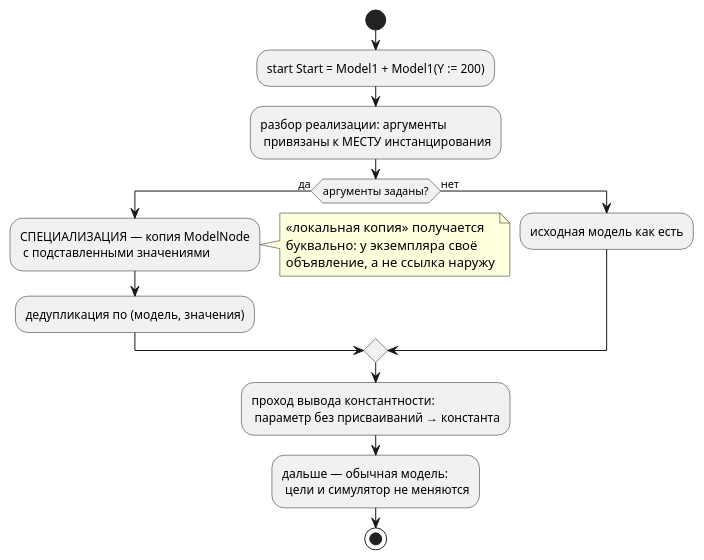
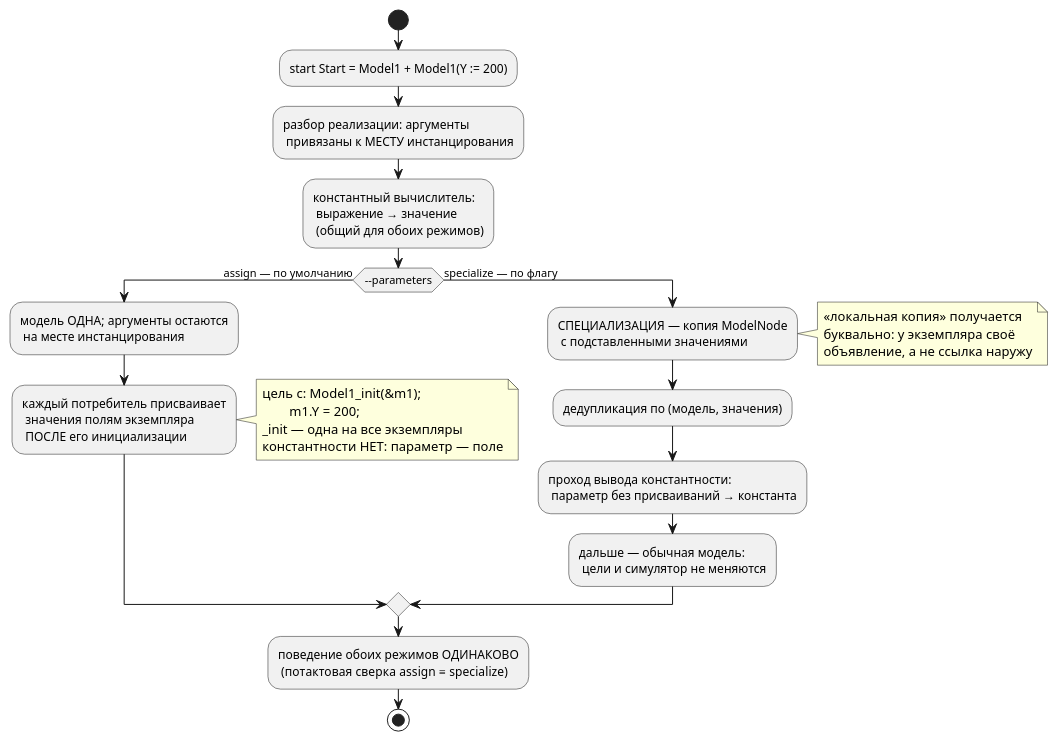
Before and after one commit to Pastor/Takt: the second of 2 diagrams in docs/adr/0185-model-parameters.md, drawn with PlantUML. The commit also changed other lines of this file and 4 other files, not shown here.

First line of the commit message:
docs(0185): решение ADR заменено гибридом по флагу --parameters=assign|specialize

````diff
--- a/docs/adr/0185-model-parameters.md
+++ b/docs/adr/0185-model-parameters.md
@@ -90,25 +113,40 @@
 ```plantuml
 @startuml
 start
 :start Start = Model1 + Model1(Y := 200);
 :разбор реализации: аргументы
  привязаны к МЕСТУ инстанцирования;
-if (аргументы заданы?) then (да)
+:константный вычислитель:
+ выражение → значение
+ (общий для обоих режимов);
+if (--parameters) then (assign — по умолчанию)
+  :модель ОДНА; аргументы остаются
+   на месте инстанцирования;
+  :каждый потребитель присваивает
+   значения полям экземпляра
+   ПОСЛЕ его инициализации;
+  note right
+    цель c: Model1_init(&m1);
+            m1.Y = 200;
+    _init — одна на все экземпляры
+    константности НЕТ: параметр — поле
+  end note
+else (specialize — по флагу)
   :СПЕЦИАЛИЗАЦИЯ — копия ModelNode
    с подставленными значениями;
   note right
     «локальная копия» получается
     буквально: у экземпляра своё
     объявление, а не ссылка наружу
   end note
   :дедупликация по (модель, значения);
-else (нет)
-  :исходная модель как есть;
+  :проход вывода константности:
+   параметр без присваиваний → константа;
+  :дальше — обычная модель:
+   цели и симулятор не меняются;
 endif
-:проход вывода константности:
- параметр без присваиваний → константа;
-:дальше — обычная модель:
- цели и симулятор не меняются;
+:поведение обоих режимов ОДИНАКОВО
+ (потактовая сверка assign ≡ specialize);
 stop
 @enduml
 ```
````
